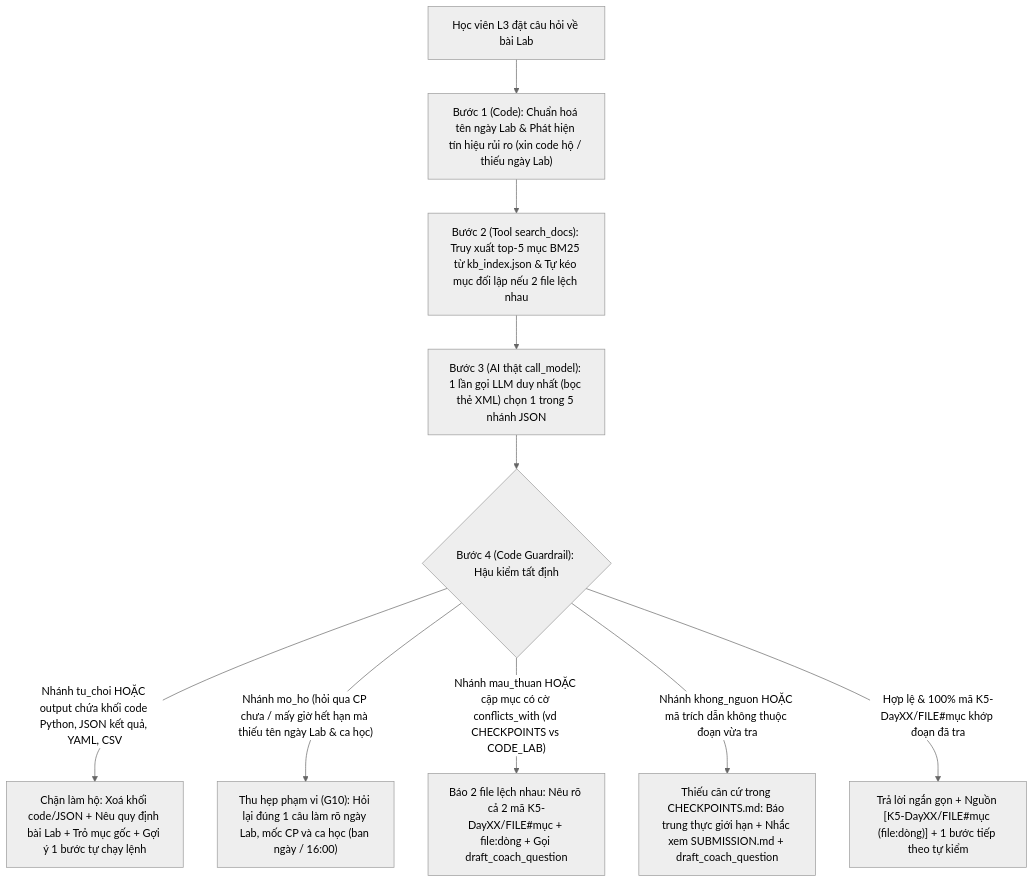
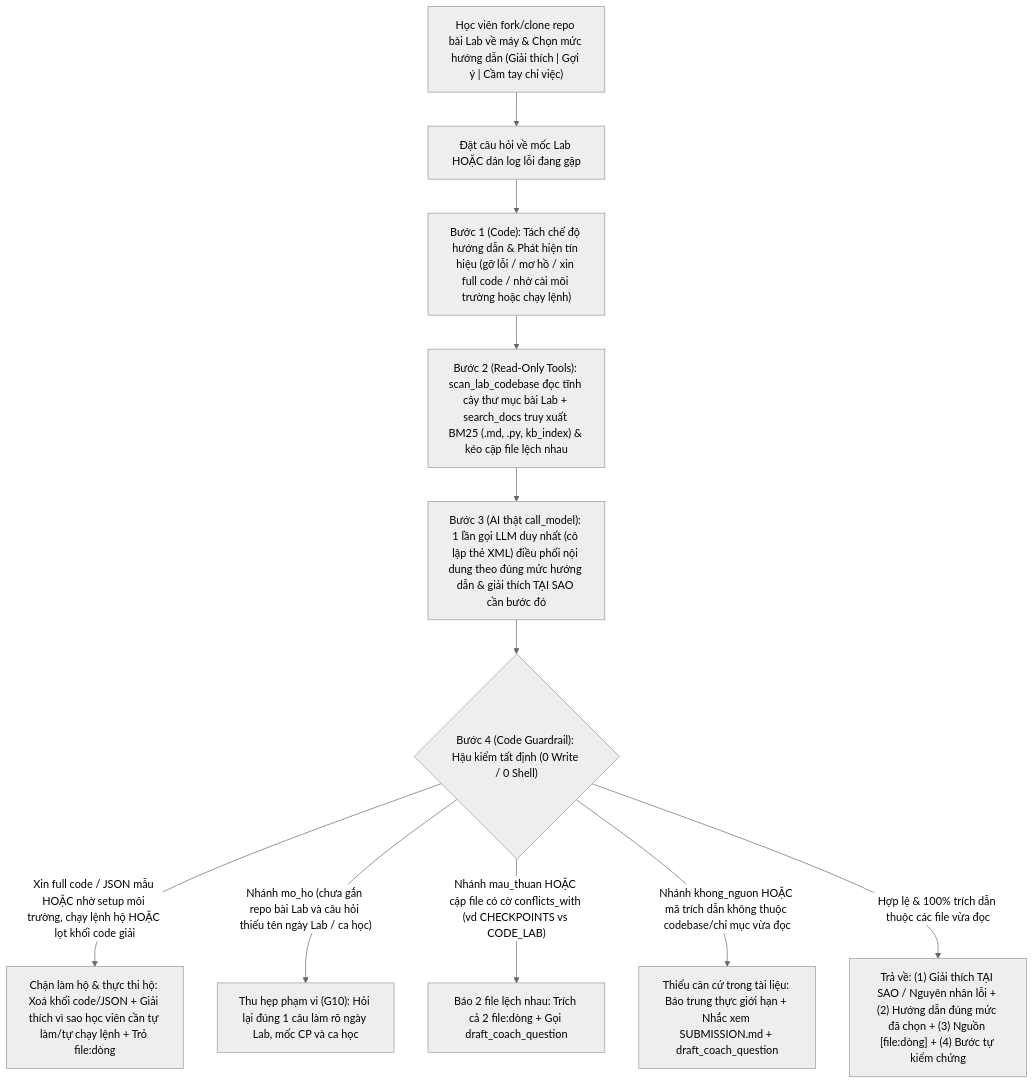
One commit to HaMThang/K5-Day15-L3A-V88 changed the diagram in spec.md. Above: the diagram before and after it, drawn with Mermaid (neutral theme). The commit also changed other lines of this file and 10 other files, not shown here.

````diff
--- a/spec.md
+++ b/spec.md
@@ -59,12 +67,13 @@
 ```mermaid
 flowchart TD
-    Q["Học viên L3 đặt câu hỏi về bài Lab"] --> S1["Bước 1 (Code): Chuẩn hoá tên ngày Lab & Phát hiện tín hiệu rủi ro (xin code hộ / thiếu ngày Lab)"]
-    S1 --> S2["Bước 2 (Tool search_docs): Truy xuất top-5 mục BM25 từ kb_index.json & Tự kéo mục đối lập nếu 2 file lệch nhau"]
-    S2 --> S3["Bước 3 (AI thật call_model): 1 lần gọi LLM duy nhất (bọc thẻ XML) chọn 1 trong 5 nhánh JSON"]
-    S3 --> V{"Bước 4 (Code Guardrail): Hậu kiểm tất định"}
-    V -- "Nhánh tu_choi HOẶC output chứa khối code Python, JSON kết quả, YAML, CSV" --> R1["Chặn làm hộ: Xoá khối code/JSON + Nêu quy định bài Lab + Trỏ mục gốc + Gợi ý 1 bước tự chạy lệnh"]
-    V -- "Nhánh mo_ho (hỏi qua CP chưa / mấy giờ hết hạn mà thiếu tên ngày Lab & ca học)" --> R2["Thu hẹp phạm vi (G10): Hỏi lại đúng 1 câu làm rõ ngày Lab, mốc CP và ca học (ban ngày / 16:00)"]
-    V -- "Nhánh mau_thuan HOẶC cặp mục có cờ conflicts_with (vd CHECKPOINTS vs CODE_LAB)" --> R3["Báo 2 file lệch nhau: Nêu rõ cả 2 mã K5-DayXX/FILE#mục + file:dòng + Gọi draft_coach_question"]
-    V -- "Nhánh khong_nguon HOẶC mã trích dẫn không thuộc đoạn vừa tra" --> R4["Thiếu căn cứ trong CHECKPOINTS.md: Báo trung thực giới hạn + Nhắc xem SUBMISSION.md + draft_coach_question"]
-    V -- "Hợp lệ & 100% mã K5-DayXX/FILE#mục khớp đoạn đã tra" --> OK["Trả lời ngắn gọn + Nguồn [K5-DayXX/FILE#mục (file:dòng)] + 1 bước tiếp theo tự kiểm"]
+    Clone["Học viên fork/clone repo bài Lab về máy & Chọn mức hướng dẫn (Giải thích | Gợi ý | Cầm tay chỉ việc)"] --> Q["Đặt câu hỏi về mốc Lab HOẶC dán log lỗi đang gặp"]
+    Q --> S1["Bước 1 (Code): Tách chế độ hướng dẫn & Phát hiện tín hiệu (gỡ lỗi / mơ hồ / xin full code / nhờ cài môi trường hoặc chạy lệnh)"]
+    S1 --> S2["Bước 2 (Read-Only Tools): scan_lab_codebase đọc tĩnh cây thư mục bài Lab + search_docs truy xuất BM25 (.md, .py, kb_index) & kéo cặp file lệch nhau"]
+    S2 --> S3["Bước 3 (AI thật call_model): 1 lần gọi LLM duy nhất (cô lập thẻ XML) điều phối nội dung theo đúng mức hướng dẫn & giải thích TẠI SAO cần bước đó"]
+    S3 --> V{"Bước 4 (Code Guardrail): Hậu kiểm tất định (0 Write / 0 Shell)"}
+    V -- "Xin full code / JSON mẫu HOẶC nhờ setup môi trường, chạy lệnh hộ HOẶC lọt khối code giải" --> R1["Chặn làm hộ & thực thi hộ: Xoá khối code/JSON + Giải thích vì sao học viên cần tự làm/tự chạy lệnh + Trỏ file:dòng"]
+    V -- "Nhánh mo_ho (chưa gắn repo bài Lab và câu hỏi thiếu tên ngày Lab / ca học)" --> R2["Thu hẹp phạm vi (G10): Hỏi lại đúng 1 câu làm rõ ngày Lab, mốc CP và ca học"]
+    V -- "Nhánh mau_thuan HOẶC cặp file có cờ conflicts_with (vd CHECKPOINTS vs CODE_LAB)" --> R3["Báo 2 file lệch nhau: Trích cả 2 file:dòng + Gọi draft_coach_question"]
+    V -- "Nhánh khong_nguon HOẶC mã trích dẫn không thuộc codebase/chỉ mục vừa đọc" --> R4["Thiếu căn cứ trong tài liệu: Báo trung thực giới hạn + Nhắc xem SUBMISSION.md + draft_coach_question"]
+    V -- "Hợp lệ & 100% trích dẫn thuộc các file vừa đọc" --> OK["Trả về: (1) Giải thích TẠI SAO / Nguyên nhân lỗi + (2) Hướng dẫn đúng mức đã chọn + (3) Nguồn [file:dòng] + (4) Bước tự kiểm chứng"]
 ```
````
